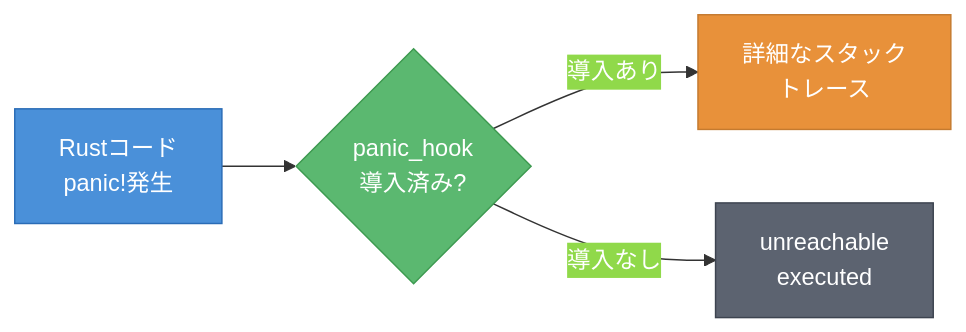
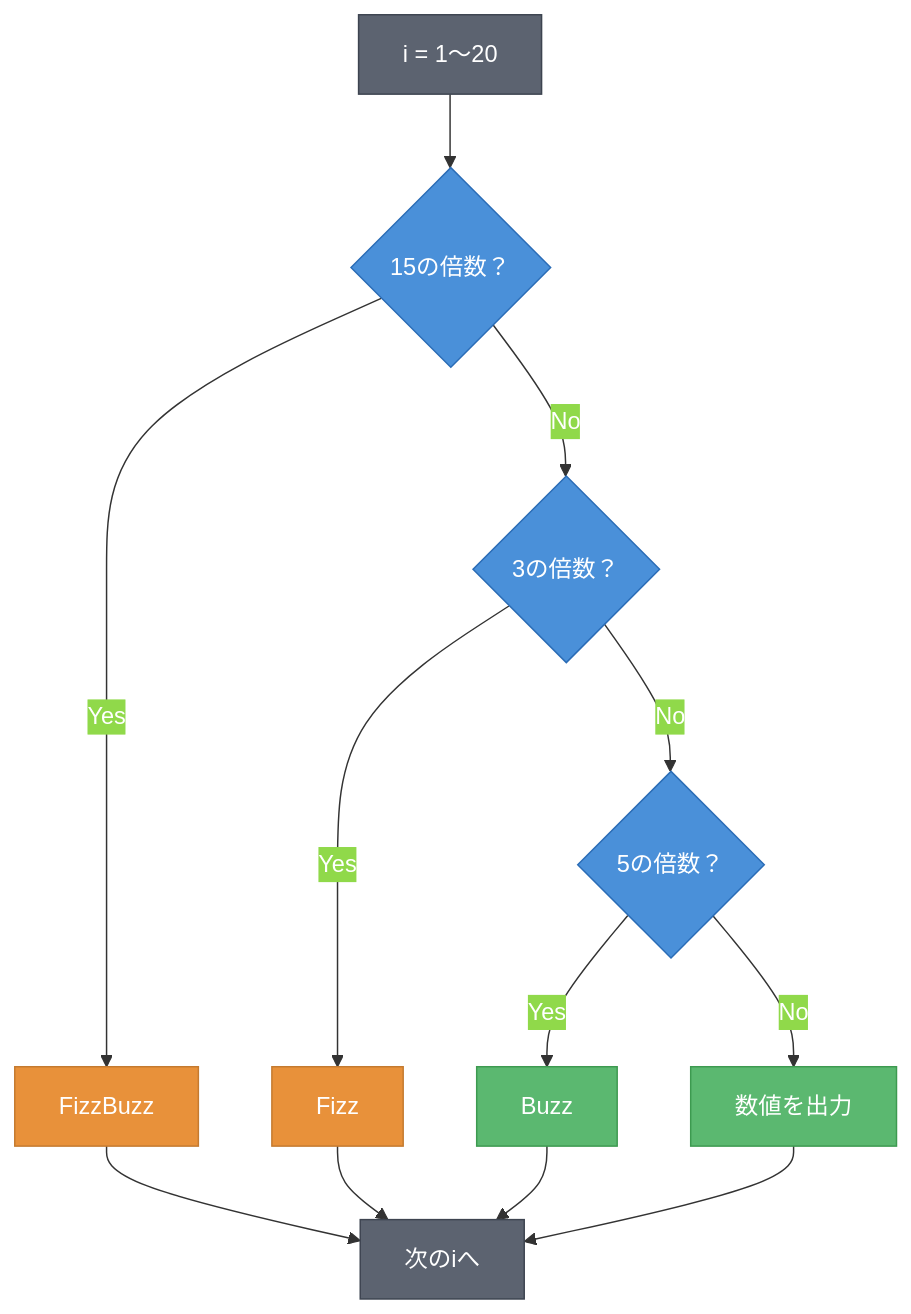
Before and after one commit to sogawa-yk/claude-code-book-write-template-test: the fourth of 4 diagrams in manuscript/ch03/ch03.md, drawn with Mermaid. The commit also changed other lines of this file and 5 other files, not shown here.

````diff
--- a/manuscript/ch03/ch03.md
+++ b/manuscript/ch03/ch03.md
@@ -232,12 +180,20 @@
 ```mermaid
 %%{init: {'theme': 'base', 'themeVariables': {'primaryColor': '#4A90D9', 'primaryTextColor': '#FFFFFF', 'primaryBorderColor': '#2A6CB6', 'lineColor': '#333333', 'textColor': '#1A1A1A', 'background': 'transparent'}}}%%
-graph LR
-    A["Rustコード<br/>panic!発生"]:::main --> B{"panic_hook<br/>導入済み?"}:::tool
-    B -->|"導入あり"| C["詳細なスタック<br/>トレース"]:::sub
-    B -->|"導入なし"| D["unreachable<br/>executed"]:::user
+flowchart TD
+    Start["i = 1〜20"]:::user --> C1{15の倍数？}:::main
+    C1 -->|Yes| P1["FizzBuzz"]:::sub
+    C1 -->|No| C2{3の倍数？}:::main
+    C2 -->|Yes| P2["Fizz"]:::sub
+    C2 -->|No| C3{5の倍数？}:::main
+    C3 -->|Yes| P3["Buzz"]:::tool
+    C3 -->|No| P4["数値を出力"]:::tool
+    P1 --> End[次のiへ]:::user
+    P2 --> End
+    P3 --> End
+    P4 --> End
 
     classDef main fill:#4A90D9,stroke:#2A6CB6,color:#FFFFFF
     classDef sub fill:#E8913A,stroke:#C47A2F,color:#FFFFFF
     classDef tool fill:#5BB870,stroke:#3D9A50,color:#FFFFFF
     classDef user fill:#5C6370,stroke:#3D4450,color:#FFFFFF
 ```
````
